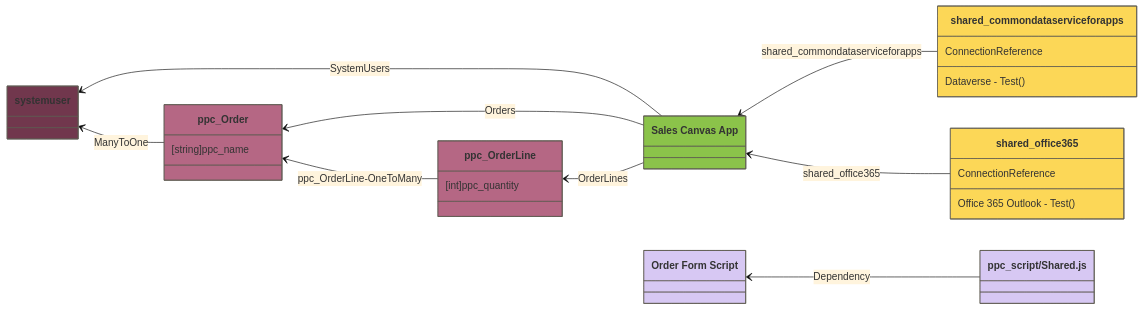
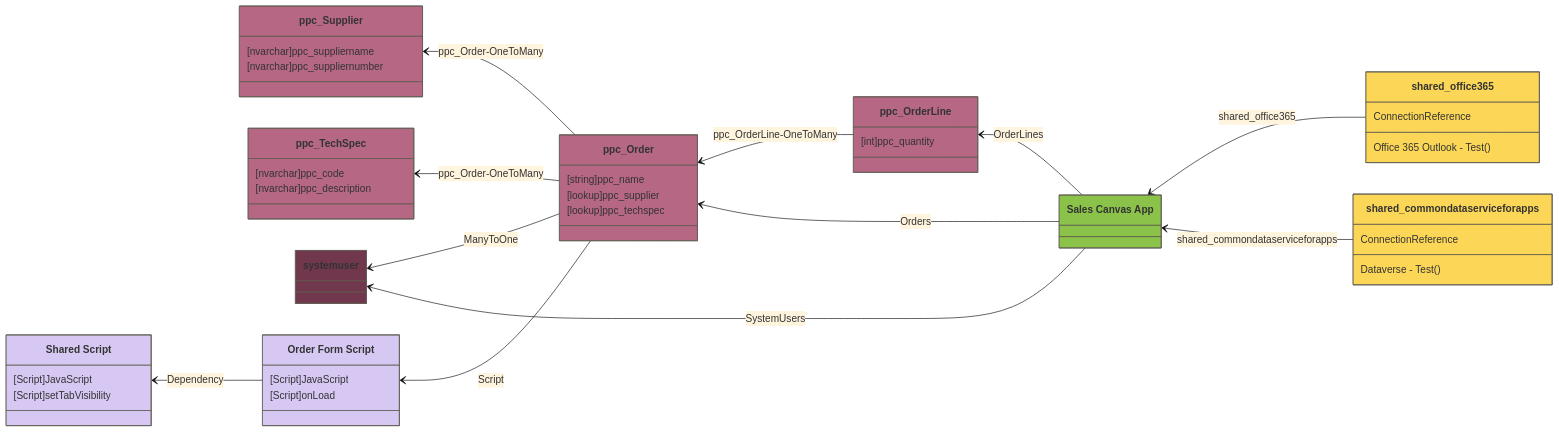
Before and after one commit to autosysops/PowerShell_PowerPlatformChecker: the diagram in tests/fixtures/expected/ArchitectureDiagram.CanvasApp.RL.expected.md, drawn with Mermaid (base theme). The commit also changed 90 other files, not shown here.

Commit message:
Added better tests with more edge cases, added more information about web resources, made sure the dependencies are correctly done, refactored the architecture diagram it can now output in multiple formats.

```diff
--- a/tests/fixtures/expected/ArchitectureDiagram.CanvasApp.RL.expected.md
+++ b/tests/fixtures/expected/ArchitectureDiagram.CanvasApp.RL.expected.md
@@ -1,39 +1,58 @@
 :::mermaid
 classDiagram
 direction RL
 class ppc_canvas_sales_0001["Sales Canvas App"]:::CanvasApp
 class shared_commondataserviceforapps:::Connection {
   ConnectionReference
   Dataverse - Test()
 }
 class shared_office365:::Connection {
   ConnectionReference
   Office 365 Outlook - Test()
 }
 class ppc_orders["ppc_Order"]:::Entity {
     [string]ppc_name
+    [lookup]ppc_supplier
+    [lookup]ppc_techspec
 }
 class ppc_orderlines["ppc_OrderLine"]:::Entity {
     [int]ppc_quantity
 }
+class ppc_suppliers["ppc_Supplier"]:::Entity {
+    [nvarchar]ppc_suppliername
+    [nvarchar]ppc_suppliernumber
+}
+class ppc_techspecs["ppc_TechSpec"]:::Entity {
+    [nvarchar]ppc_code
+    [nvarchar]ppc_description
+}
 class systemuser:::DefaultEntity
-class ppc_script_OrderForm_js["Order Form Script"]:::WebResource
-class ppc_script_Shared_js["ppc_script/Shared.js"]:::WebResource
+class ppc_script_OrderForm_js["Order Form Script"]:::WebResource {
+  [Script]JavaScript
+  [Script]onLoad
+}
+class ppc_script_Shared_js["Shared Script"]:::WebResource {
+  [Script]JavaScript
+  [Script]setTabVisibility
+}
 shared_commondataserviceforapps --> ppc_canvas_sales_0001:shared_commondataserviceforapps
 shared_office365 --> ppc_canvas_sales_0001:shared_office365
 ppc_canvas_sales_0001 --> ppc_orderlines:OrderLines
 ppc_canvas_sales_0001 --> ppc_orders:Orders
 ppc_canvas_sales_0001 --> systemuser:SystemUsers
+ppc_orders --> systemuser:ManyToOne
+ppc_orders --> ppc_suppliers:ppc_Order-OneToMany
+ppc_orders --> ppc_techspecs:ppc_Order-OneToMany
+ppc_orders --> ppc_script_OrderForm_js:Script
 ppc_orderlines --> ppc_orders:ppc_OrderLine-OneToMany
-ppc_orders --> systemuser:ManyToOne
-ppc_script_Shared_js --> ppc_script_OrderForm_js:Dependency
+ppc_script_OrderForm_js --> ppc_script_Shared_js:Dependency
 classDef default fill:red,stroke:#5E5B52
 classDef EnvVar fill:#DF9A57,stroke:#5E5B52
 classDef Connection fill:#FCD757,stroke:#5E5B52
 classDef Entity fill:#B56784,stroke:#5E5B52
 classDef DefaultEntity fill:#71374D,stroke:#5E5B52
 classDef Flow fill:#DBE4EE,stroke:#5E5B52
 classDef CanvasApp fill:#8BC34A,stroke:#5E5B52
 classDef ModelDrivenApp fill:#7BAFD4,stroke:#5E5B52
 classDef WebResource fill:#D7C8F3,stroke:#5E5B52
 :::
```
